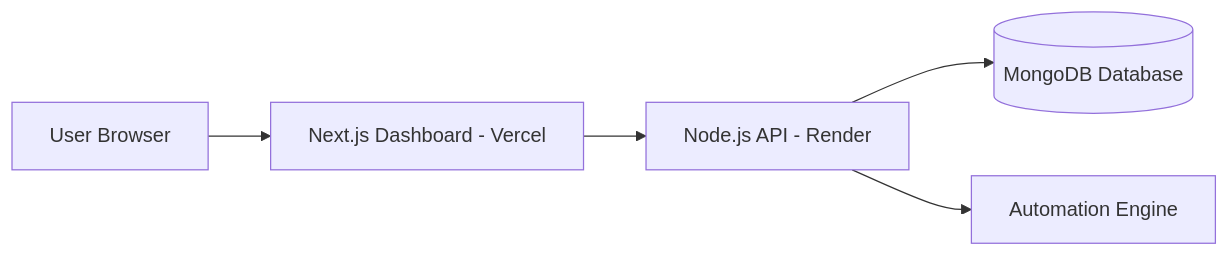
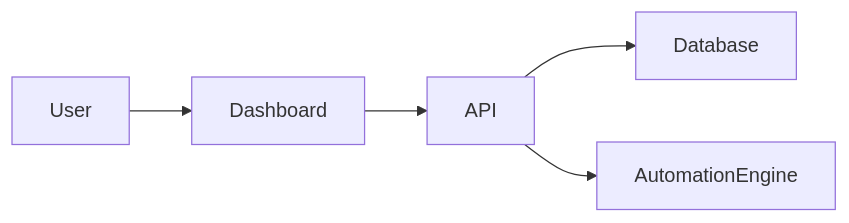
Before and after one commit to kelbyr061184-stack/lead-automation-platform: the diagram in README.md, drawn with Mermaid. The commit also changed other lines of this file, not shown here.

````diff
--- a/README.md
+++ b/README.md
@@ -44,7 +47,7 @@
 ```mermaid
 flowchart LR
-A[User Browser] --> B[Next.js Dashboard - Vercel]
-B --> C[Node.js API - Render]
-C --> D[(MongoDB Database)]
-C --> E[Automation Engine]
+User --> Dashboard
+Dashboard --> API
+API --> Database
+API --> AutomationEngine
 ```
````
